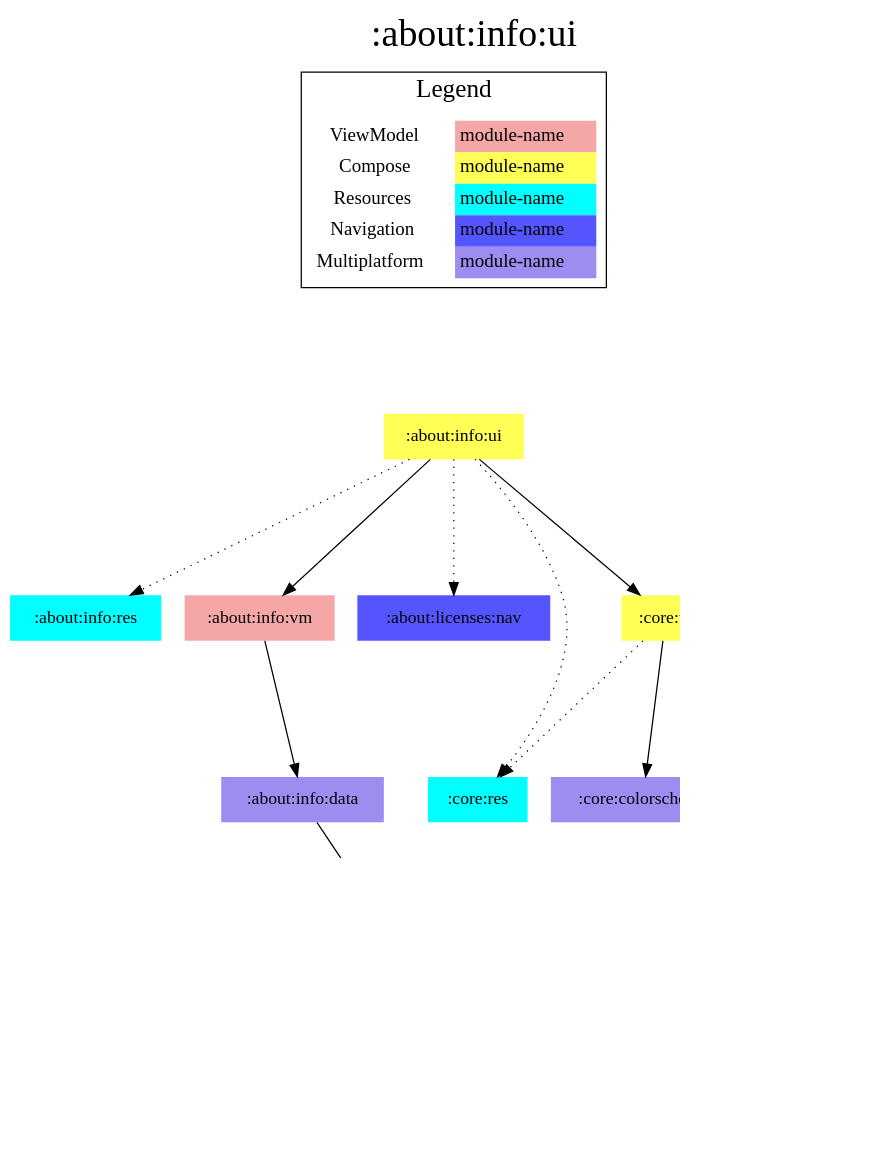
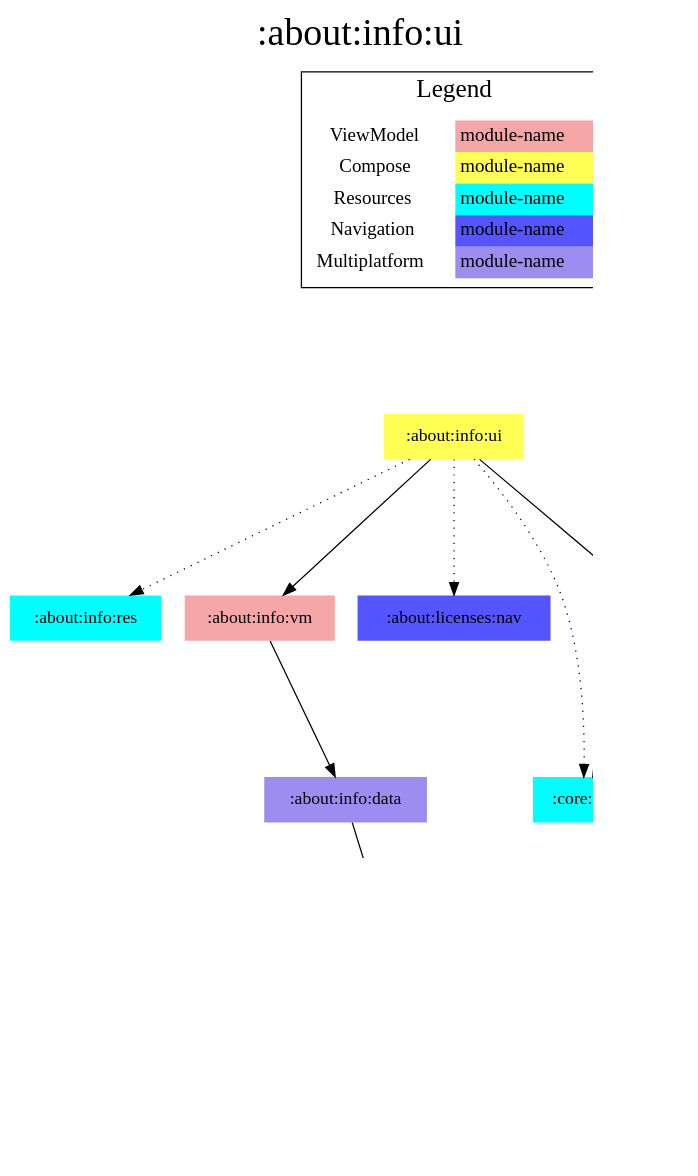
Before and after one commit to jonapoul/aktual: the diagram in modules/about/info/ui/modules.dot, drawn with Graphviz. The commit also changed 184 other files, not shown here.

```diff
--- a/modules/about/info/ui/modules.dot
+++ b/modules/about/info/ui/modules.dot
@@ -1,47 +1,43 @@
 digraph {
 edge ["dir"="forward"]
 graph ["dpi"="100","label"=":about:info:ui","labelloc"="t","fontsize"="30","ranksep"="1.5","rankdir"="TB"]
 node ["style"="filled"]
 ":about:info:data" ["fillcolor"="#9D8DF1","shape"="none"]
 ":about:info:res" ["fillcolor"="#00FFFF","shape"="none"]
 ":about:info:ui" ["fillcolor"="#FFFF55","shape"="none"]
 ":about:info:vm" ["fillcolor"="#F5A6A6","shape"="none"]
 ":about:licenses:nav" ["fillcolor"="#5555FF","shape"="none"]
 ":api:github" ["fillcolor"="#9D8DF1","shape"="none"]
 ":codegen:annotation" ["fillcolor"="#9D8DF1","shape"="none"]
-":core:colorscheme" ["fillcolor"="#9D8DF1","shape"="none"]
+":core:model" ["fillcolor"="#9D8DF1","shape"="none"]
 ":core:res" ["fillcolor"="#00FFFF","shape"="none"]
 ":core:ui" ["fillcolor"="#FFFF55","shape"="none"]
-":core:versions" ["fillcolor"="#9D8DF1","shape"="none"]
-":url:model" ["fillcolor"="#9D8DF1","shape"="none"]
 {
 edge ["dir"="none"]
 graph ["rank"="same"]
 }
 ":about:info:data" -> ":api:github"
 ":about:info:ui" -> ":about:info:res" ["style"="dotted"]
 ":about:info:ui" -> ":about:info:vm"
 ":about:info:ui" -> ":about:licenses:nav" ["style"="dotted"]
 ":about:info:ui" -> ":core:res" ["style"="dotted"]
 ":about:info:ui" -> ":core:ui"
 ":about:info:vm" -> ":about:info:data"
 ":api:github" -> ":codegen:annotation" ["style"="dotted"]
-":api:github" -> ":url:model"
-":core:ui" -> ":core:colorscheme"
+":api:github" -> ":core:model"
+":core:ui" -> ":core:model"
 ":core:ui" -> ":core:res" ["style"="dotted"]
-":core:ui" -> ":core:versions"
-":core:ui" -> ":url:model"
 subgraph "cluster_legend" {
 edge ["dir"="none"]
 graph ["label"="Legend","fontsize"="20"]
 "Legend" ["style"="filled","fillcolor"="#FFFFFF","shape"="none","margin"="0","fontsize"="15","label"=<
 <TABLE BORDER="0" CELLBORDER="0" CELLSPACING="0" CELLPADDING="4">
 <TR><TD>ViewModel</TD><TD BGCOLOR="#F5A6A6">module-name</TD></TR>
 <TR><TD>Compose</TD><TD BGCOLOR="#FFFF55">module-name</TD></TR>
 <TR><TD>Resources</TD><TD BGCOLOR="#00FFFF">module-name</TD></TR>
 <TR><TD>Navigation</TD><TD BGCOLOR="#5555FF">module-name</TD></TR>
 <TR><TD>Multiplatform</TD><TD BGCOLOR="#9D8DF1">module-name</TD></TR>
 </TABLE>
 >]
 } -> ":about:info:ui" ["style"="invis"]
 }
```
